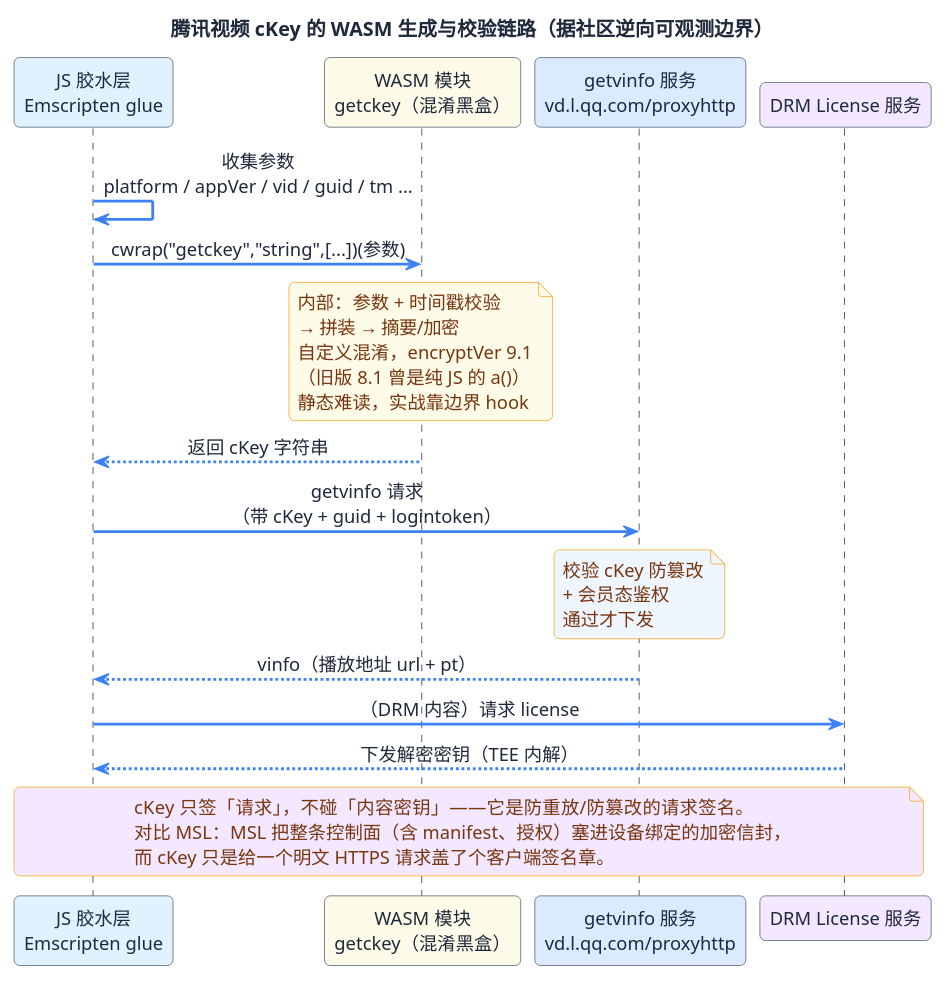
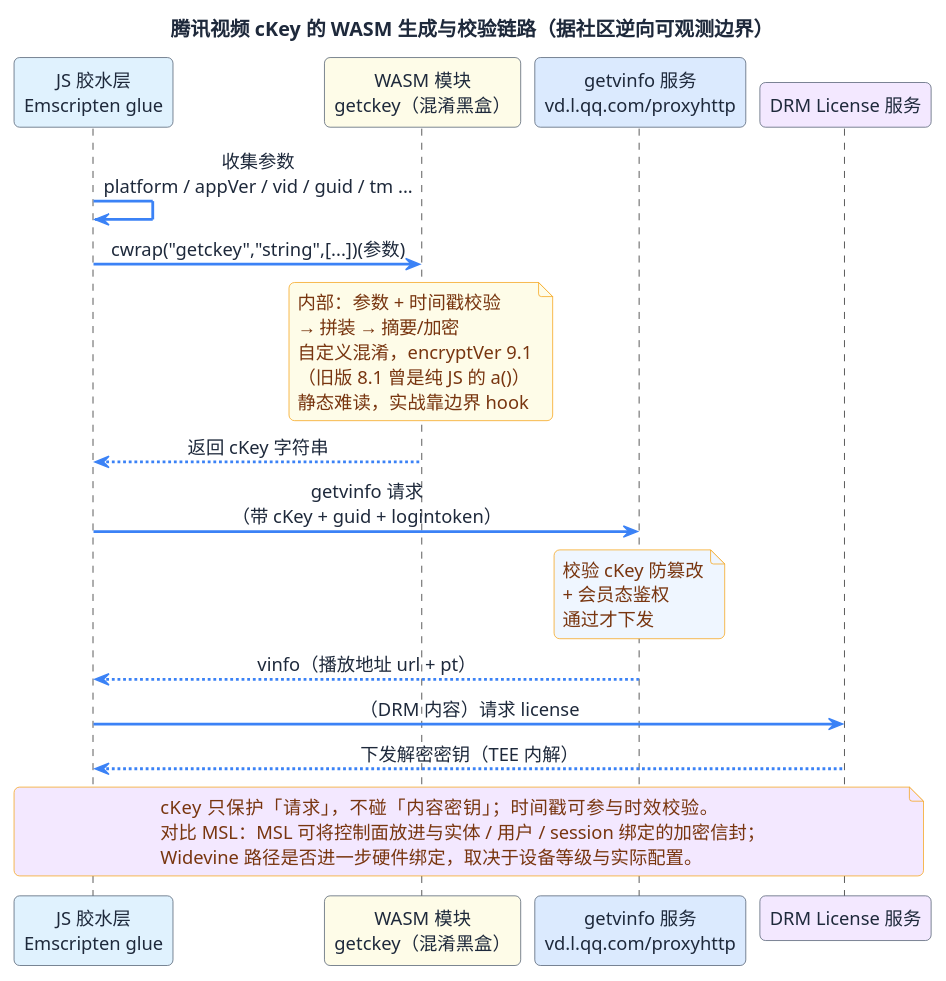
One commit to overkazaf/blogs changed the diagram in static/images/msl-protocol-analysis/ckey-wasm-chain.puml. Above: the diagram before and after it, drawn with PlantUML. The commit also changed 8 other files, not shown here.

```diff
--- a/static/images/msl-protocol-analysis/ckey-wasm-chain.puml
+++ b/static/images/msl-protocol-analysis/ckey-wasm-chain.puml
@@ -1,50 +1,50 @@
 @startuml
 skinparam backgroundColor #FFFFFF
 skinparam defaultFontName "Segoe UI,Helvetica,Arial,sans-serif"
 skinparam defaultFontSize 13
 skinparam defaultFontColor #1e293b
 skinparam shadowing false
 skinparam roundCorner 8
 skinparam sequenceMessageAlign center
 skinparam ArrowColor #3b82f6
 skinparam ArrowThickness 2
 skinparam ParticipantBorderColor #475569
 skinparam ParticipantBackgroundColor #f8fafc
 skinparam NoteBorderColor #f59e0b
 skinparam NoteBackgroundColor #fffbeb
 skinparam NoteFontColor #78350f
 
 title 腾讯视频 cKey 的 WASM 生成与校验链路（据社区逆向可观测边界）
 
 participant "JS 胶水层\nEmscripten glue" as JS #e0f2fe
 participant "WASM 模块\ngetckey（混淆黑盒）" as WASM #fefce8
 participant "getvinfo 服务\nvd.l.qq.com/proxyhttp" as SRV #dbeafe
 participant "DRM License 服务" as LIC #f3e8ff
 
 JS -> JS : 收集参数\nplatform / appVer / vid / guid / tm ...
 JS -> WASM : cwrap("getckey","string",[...])(参数)
 note over WASM #fefce8
   内部：参数 + 时间戳校验
   → 拼装 → 摘要/加密
   自定义混淆，encryptVer 9.1
   （旧版 8.1 曾是纯 JS 的 a()）
   静态难读，实战靠边界 hook
 end note
 WASM --> JS : 返回 cKey 字符串
 JS -> SRV : getvinfo 请求\n（带 cKey + guid + logintoken）
 note over SRV #eff6ff
   校验 cKey 防篡改
   + 会员态鉴权
   通过才下发
 end note
 SRV --> JS : vinfo（播放地址 url + pt）
 JS -> LIC : （DRM 内容）请求 license
 LIC --> JS : 下发解密密钥（TEE 内解）
 
 note across #f3e8ff
-  cKey 只签「请求」，不碰「内容密钥」——它是防重放/防篡改的请求签名。
-  对比 MSL：MSL 把整条控制面（含 manifest、授权）塞进设备绑定的加密信封，
-  而 cKey 只是给一个明文 HTTPS 请求盖了个客户端签名章。
+  cKey 只保护「请求」，不碰「内容密钥」；时间戳可参与时效校验。
+  对比 MSL：MSL 可将控制面放进与实体 / 用户 / session 绑定的加密信封；
+  Widevine 路径是否进一步硬件绑定，取决于设备等级与实际配置。
 end note
 
 @enduml
```
